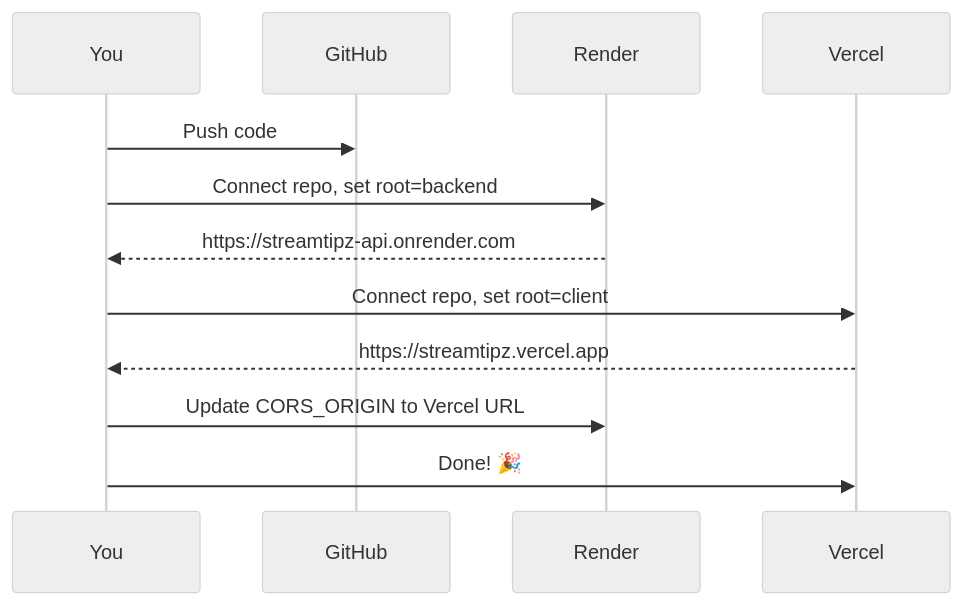
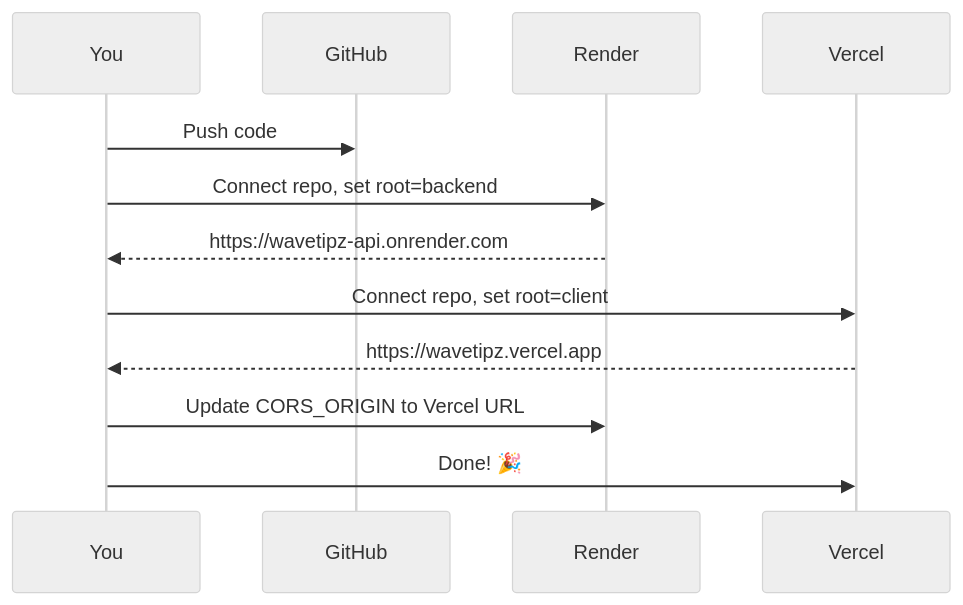
The second of 2 diagrams in README.md (tusharsb011-ctrl/streamtipz), drawn with Mermaid (neutral theme) before and after one commit. The commit also changed other lines of this file and 24 other files, not shown here.

````diff
--- a/README.md
+++ b/README.md
@@ -359,15 +359,15 @@
 ```mermaid
 sequenceDiagram
     participant You
     participant GitHub
     participant Render
     participant Vercel
     
     You->>GitHub: Push code
     You->>Render: Connect repo, set root=backend
-    Render-->>You: https://streamtipz-api.onrender.com
+    Render-->>You: https://wavetipz-api.onrender.com
     You->>Vercel: Connect repo, set root=client
-    Vercel-->>You: https://streamtipz.vercel.app
+    Vercel-->>You: https://wavetipz.vercel.app
     You->>Render: Update CORS_ORIGIN to Vercel URL
     You->>Vercel: Done! 🎉
 ```
````
